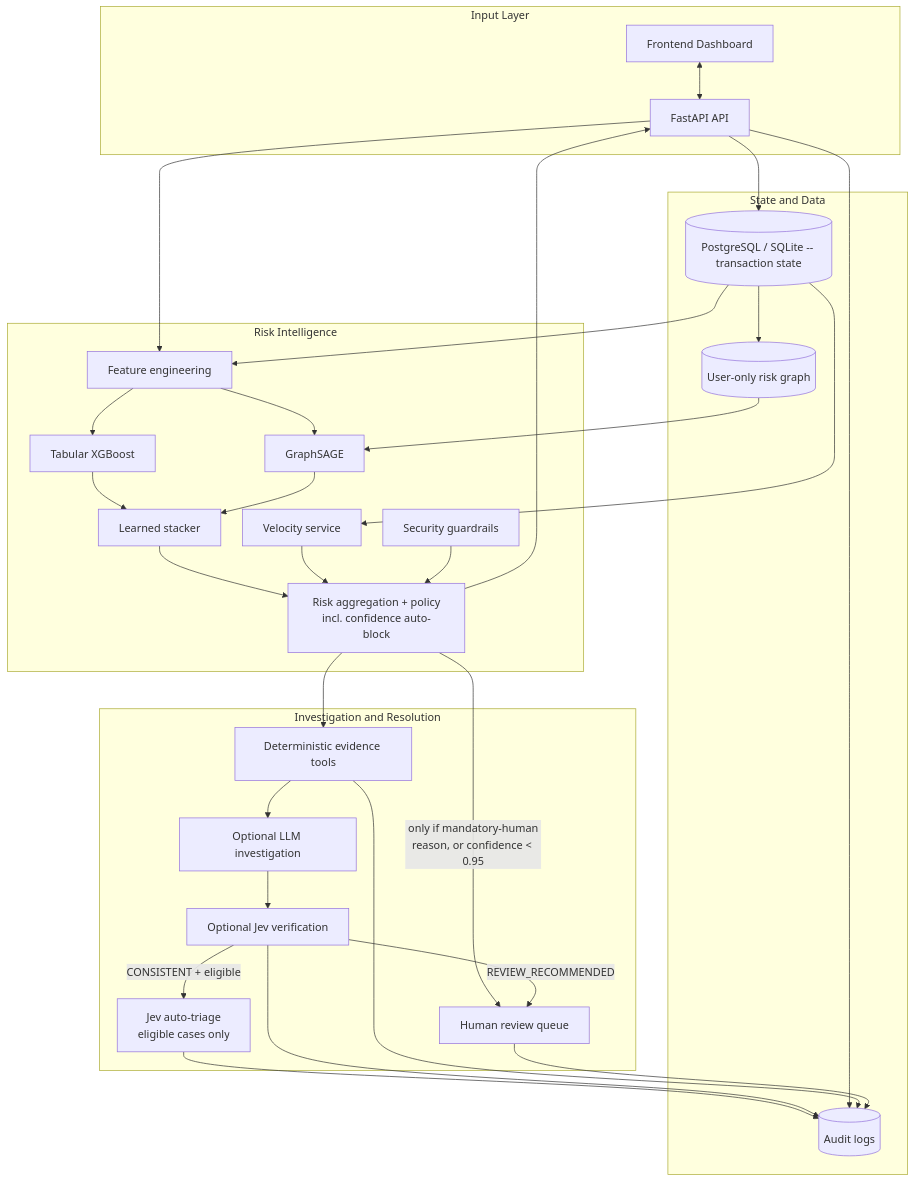
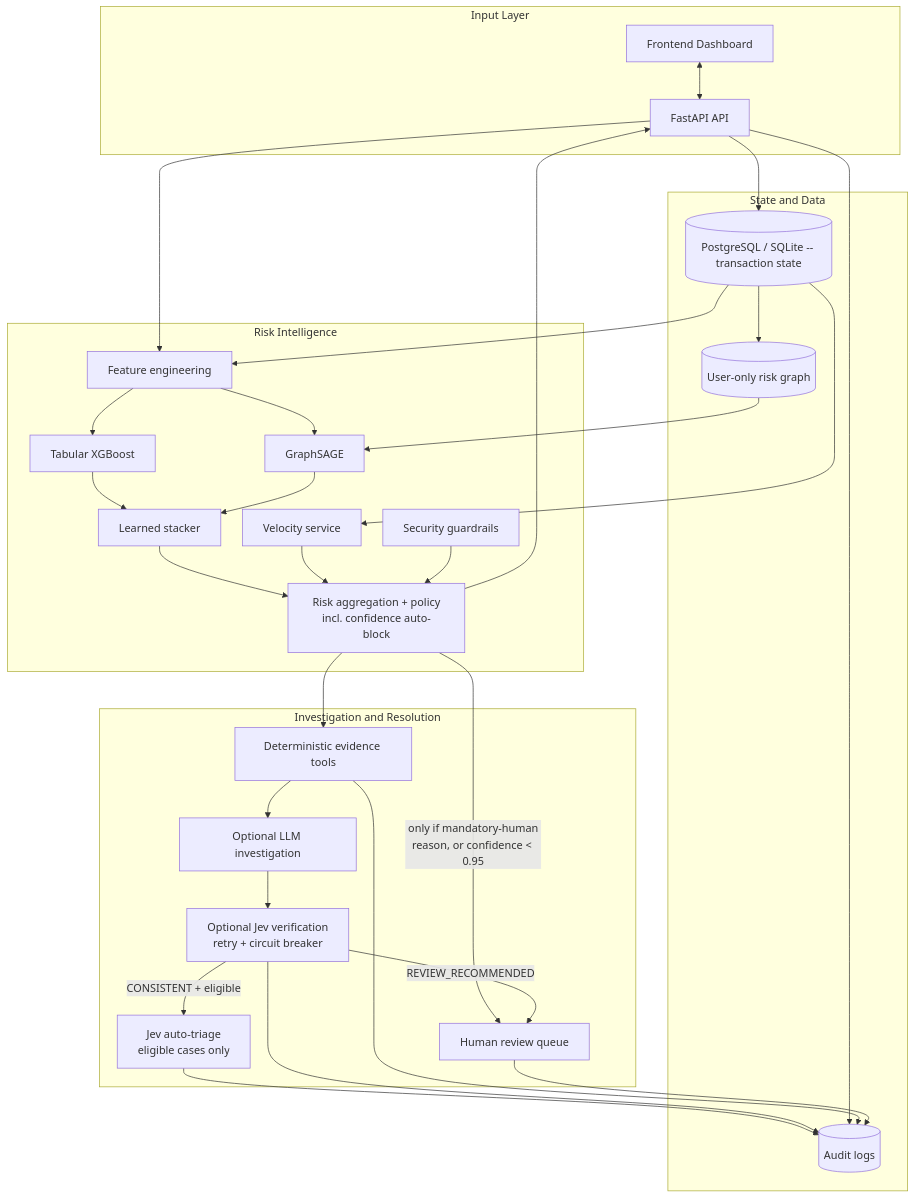
One commit to Dikshu015/RazorRisk-Agentic-AI-Payment-Fraud-Risk-Investigation-Platform changed the diagram in docs/diagrams/system-structure.mmd. Above: the diagram before and after it, drawn with Mermaid.

Commit message:
Update system architecture with Jev verification

```diff
--- a/docs/diagrams/system-structure.mmd
+++ b/docs/diagrams/system-structure.mmd
@@ -1,57 +1,57 @@
 %%{init: {'flowchart': {'nodeSpacing': 32, 'rankSpacing': 55}}}%%
 flowchart TB
     subgraph Input[Input Layer]
         UI[Frontend Dashboard]
         API[FastAPI API]
     end
 
     subgraph State[State and Data]
         DB[(PostgreSQL / SQLite -- transaction state)]
         GRAPH[(User-only risk graph)]
         AUDIT[(Audit logs)]
     end
 
     subgraph Intelligence[Risk Intelligence]
         FE[Feature engineering]
         TAB[Tabular XGBoost]
         GNN[GraphSAGE]
         STACK[Learned stacker]
         VEL[Velocity service]
         GUARD[Security guardrails]
         POLICY[Risk aggregation + policy<br/>incl. confidence auto-block]
     end
 
     subgraph Investigation[Investigation and Resolution]
         EVID[Deterministic evidence tools]
         LLM[Optional LLM investigation]
-        JEV[Optional Jev verification]
+        JEV[Optional Jev verification<br/>retry + circuit breaker]
         HITL[Human review queue]
         AUTO[Jev auto-triage<br/>eligible cases only]
     end
 
     UI <--> API
     API --> FE
     API --> DB
     DB --> FE
     DB --> VEL
     DB --> GRAPH
     FE --> TAB
     FE --> GNN
     GRAPH --> GNN
     TAB --> STACK
     GNN --> STACK
     STACK --> POLICY
     VEL --> POLICY
     GUARD --> POLICY
     POLICY --> API
     POLICY --> EVID
     POLICY -->|"only if mandatory-human<br/>reason, or confidence < 0.95"| HITL
     EVID --> LLM
     LLM --> JEV
     JEV -->|REVIEW_RECOMMENDED| HITL
     JEV -->|CONSISTENT + eligible| AUTO
     AUTO --> AUDIT
     JEV --> AUDIT
     API --> AUDIT
     EVID --> AUDIT
     HITL --> AUDIT
```
